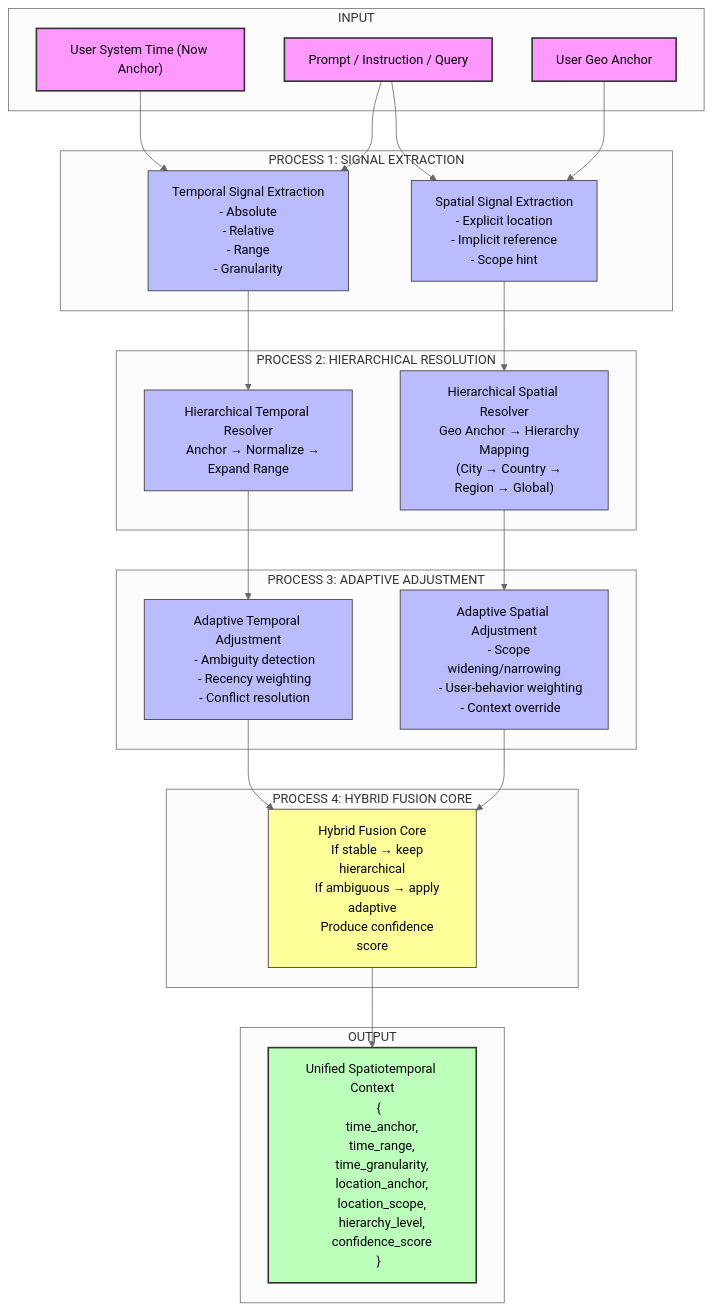
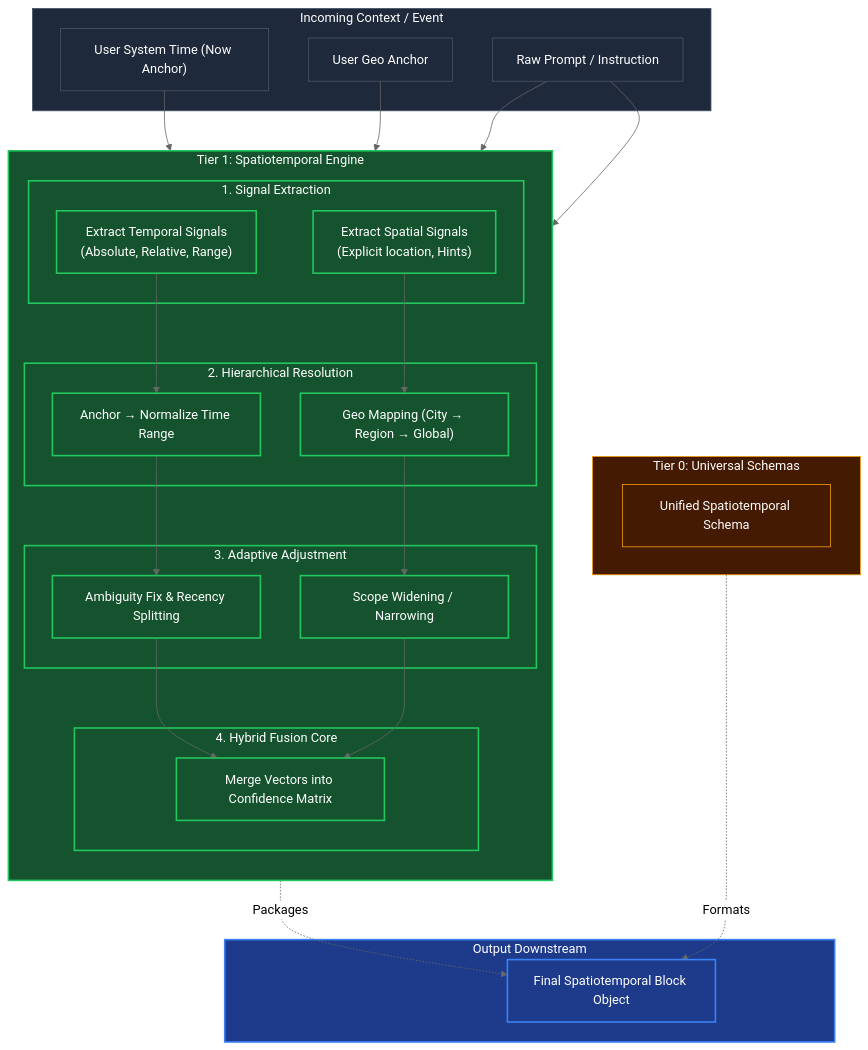
The diagram in redesign/tier_1/location_and_time.md (azzindani/Kea), drawn with Mermaid (neutral theme) before and after one commit. The commit also changed other lines of this file and 22 other files, not shown here.

Commit message:
feat: Define the conceptual architecture and components for Kea's multi-tiered redesign across tiers 0-6.

````diff
--- a/redesign/tier_1/location_and_time.md
+++ b/redesign/tier_1/location_and_time.md
@@ -1,84 +10,74 @@
 ```mermaid
 ---
 config:
-  layout: fixed
+  layout: dagre
 ---
 flowchart TB
- subgraph INPUT_LAYER["INPUT"]
-        A1["User System Time (Now Anchor)"]
-        A2["User Geo Anchor"]
-        A3["Prompt / Instruction / Query"]
-  end
- subgraph PROCESS_EXTRACTION["PROCESS 1: SIGNAL EXTRACTION"]
-        B1["Temporal Signal Extraction
-    - Absolute
-    - Relative
-    - Range
-    - Granularity"]
-        B2["Spatial Signal Extraction
-    - Explicit location
-    - Implicit reference
-    - Scope hint"]
-  end
- subgraph PROCESS_HIERARCHICAL["PROCESS 2: HIERARCHICAL RESOLUTION"]
-        C1["Hierarchical Temporal Resolver
-    Anchor → Normalize → Expand Range"]
-        C2["Hierarchical Spatial Resolver
-    Geo Anchor → Hierarchy Mapping
-    (City → Country → Region → Global)"]
-  end
- subgraph PROCESS_ADAPTIVE["PROCESS 3: ADAPTIVE ADJUSTMENT"]
-        D1["Adaptive Temporal Adjustment
-    - Ambiguity detection
-    - Recency weighting
-    - Conflict resolution"]
-        D2["Adaptive Spatial Adjustment
-    - Scope widening/narrowing
-    - User-behavior weighting
-    - Context override"]
-  end
- subgraph PROCESS_FUSION["PROCESS 4: HYBRID FUSION CORE"]
-        E1["Hybrid Fusion Core
-    If stable → keep hierarchical
-    If ambiguous → apply adaptive
-    Produce confidence score"]
-  end
- subgraph OUTPUT_LAYER["OUTPUT"]
-        F1["Unified Spatiotemporal Context
-    {
-      time_anchor,
-      time_range,
-      time_granularity,
-      location_anchor,
-      location_scope,
-      hierarchy_level,
-      confidence_score
-    }"]
-  end
-    A1 --> B1
-    A3 --> B1 & B2
-    A2 --> B2
-    B1 --> C1
-    B2 --> C2
-    C1 --> D1
-    C2 --> D2
-    D1 --> E1
-    D2 --> E1
-    E1 --> F1
+    %% TIER 0 IMPORTS
+    subgraph sTier0["Tier 0: Universal Schemas"]
+        direction LR
+        nSchemaContext["Unified Spatiotemporal Schema"]
+    end
 
-     A1:::input
-     A2:::input
-     A3:::input
-     B1:::calc
-     B2:::calc
-     C1:::calc
-     C2:::calc
-     D1:::calc
-     D2:::calc
-     E1:::score
-     F1:::final
-    classDef input fill:#f9f,stroke:#333,stroke-width:2px
-    classDef calc fill:#bbf,stroke:#333,stroke-width:1px
-    classDef score fill:#ff9,stroke:#333,stroke-width:1px
-    classDef final fill:#bfb,stroke:#333,stroke-width:2px
+    %% INPUTS
+    subgraph sInput["Incoming Context / Event"]
+        nTime["User System Time (Now Anchor)"]
+        nGeo["User Geo Anchor"]
+        nQuery["Raw Prompt / Instruction"]
+    end
+
+    %% TIER 1 CORE
+    subgraph sTier1["Tier 1: Spatiotemporal Engine"]
+        direction TB
+        
+        %% Extraction
+        subgraph sExtract["1. Signal Extraction"]
+            nExtractTime["Extract Temporal Signals<br>(Absolute, Relative, Range)"]
+            nExtractGeo["Extract Spatial Signals<br>(Explicit location, Hints)"]
+        end
+
+        %% Resolution
+        subgraph sResolve["2. Hierarchical Resolution"]
+            nResolveTime["Anchor → Normalize Time Range"]
+            nResolveGeo["Geo Mapping (City → Region → Global)"]
+        end
+
+        %% Adjustment
+        subgraph sAdapt["3. Adaptive Adjustment"]
+            nAdaptTime["Ambiguity Fix & Recency Splitting"]
+            nAdaptGeo["Scope Widening / Narrowing"]
+        end
+
+        %% Fusion
+        subgraph sFusion["4. Hybrid Fusion Core"]
+            nFusion["Merge Vectors into Confidence Matrix"]
+        end
+    end
+
+    %% OUTPUT
+    subgraph sOutput["Output Downstream"]
+        nUnified["Final Spatiotemporal Block Object"]
+    end
+
+    %% Pathing
+    nTime --> nExtractTime
+    nGeo --> nExtractGeo
+    nQuery --> nExtractTime & nExtractGeo
+
+    nExtractTime --> nResolveTime --> nAdaptTime --> nFusion
+    nExtractGeo --> nResolveGeo --> nAdaptGeo --> nFusion
+
+    nSchemaContext -.->|Formats| nUnified
+    nFusion -.->|Packages| nUnified
+
+    %% Styling
+    classDef t0 fill:#451A03,stroke:#F59E0B,stroke-width:1px,color:#fff
+    classDef t1 fill:#14532D,stroke:#22C55E,stroke-width:2px,color:#fff
+    classDef in fill:#1e293b,stroke:#475569,stroke-width:1px,color:#fff
+    classDef out fill:#1E3A8A,stroke:#3B82F6,stroke-width:2px,color:#fff
+    
+    class sTier0,nSchemaContext t0
+    class sInput,nTime,nGeo,nQuery in
+    class sTier1,sExtract,sResolve,sAdapt,sFusion,nExtractTime,nExtractGeo,nResolveTime,nResolveGeo,nAdaptTime,nAdaptGeo,nFusion t1
+    class sOutput,nUnified out
 ```
````
